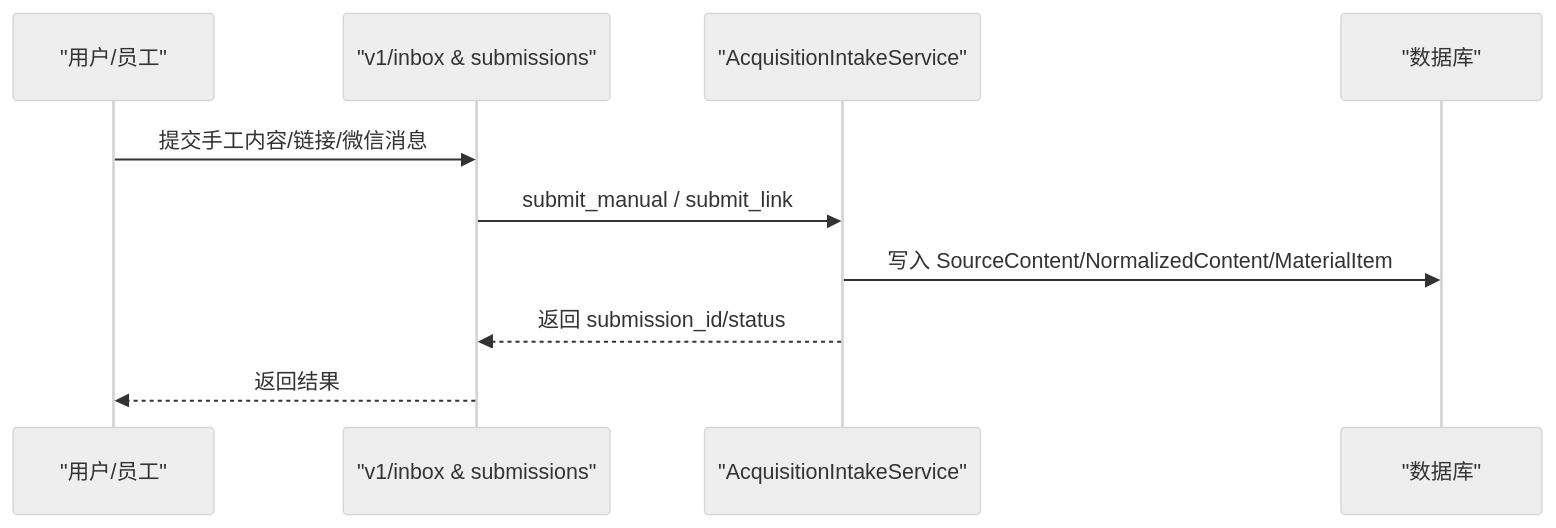
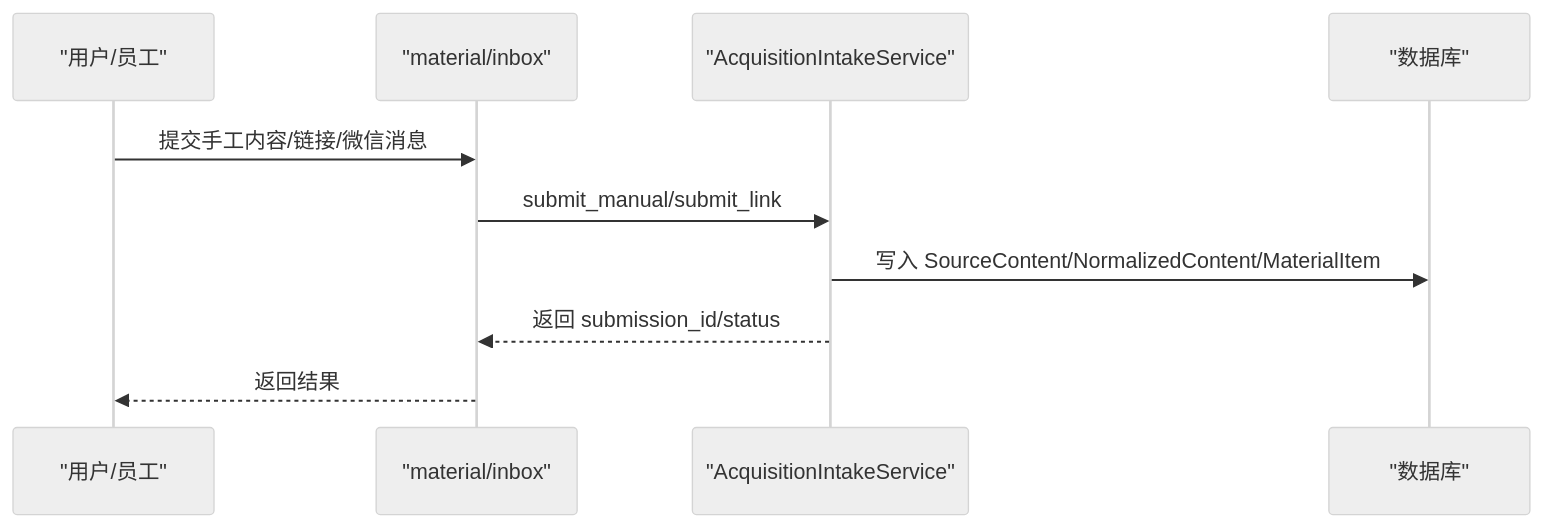
One commit to dream-ze/AI_huoke- changed the fifth of 8 diagrams in .qoder/repowiki/zh/content/内容采集系统/内容采集系统.md. Above: the diagram before and after it, drawn with Mermaid (neutral theme). The commit also changed other lines of this file and 52 other files, not shown here.

````diff
--- a/.qoder/repowiki/zh/content/内容采集系统/内容采集系统.md
+++ b/.qoder/repowiki/zh/content/内容采集系统/内容采集系统.md
@@ -218,12 +298,12 @@
 ```mermaid
 sequenceDiagram
 participant U as "用户/员工"
-participant API as "v1/inbox & submissions"
-participant AIS as "AcquisitionIntakeService"
+participant API as "material/inbox"
+participant AC as "AcquisitionIntakeService"
 participant DB as "数据库"
 U->>API : 提交手工内容/链接/微信消息
-API->>AIS : submit_manual / submit_link
-AIS->>DB : 写入 SourceContent/NormalizedContent/MaterialItem
-AIS-->>API : 返回 submission_id/status
+API->>AC : submit_manual/submit_link
+AC->>DB : 写入 SourceContent/NormalizedContent/MaterialItem
+AC-->>API : 返回 submission_id/status
 API-->>U : 返回结果
 ```
````
